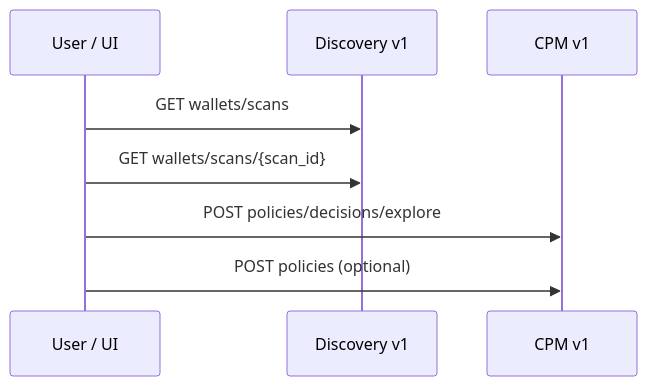
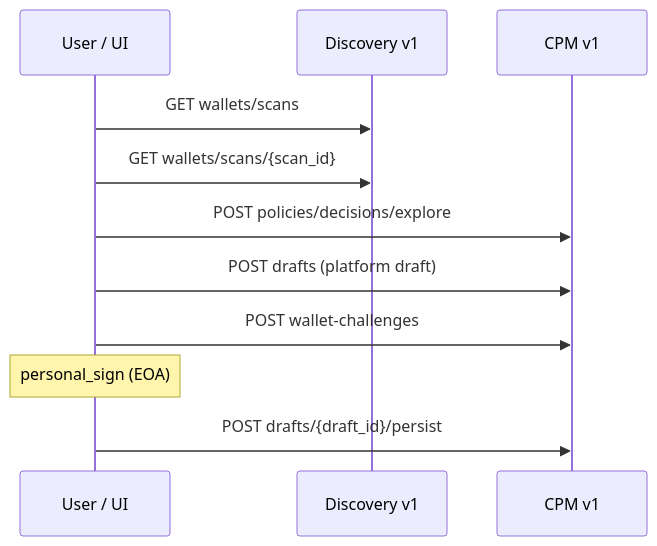
One commit to create2-labs/cafe-documentation changed the diagram in docs/architecture/cpm-v1-flow.md. Above: the diagram before and after it, drawn with Mermaid. The commit also changed other lines of this file and 3 other files, not shown here.

````diff
--- a/docs/architecture/cpm-v1-flow.md
+++ b/docs/architecture/cpm-v1-flow.md
@@ -16,10 +19,13 @@
 ```mermaid
 sequenceDiagram
   participant U as User / UI
   participant D as Discovery v1
   participant C as CPM v1
   U->>D: GET wallets/scans
   U->>D: GET wallets/scans/{scan_id}
   U->>C: POST policies/decisions/explore
-  U->>C: POST policies (optional)
+  U->>C: POST drafts (platform draft)
+  U->>C: POST wallet-challenges
+  Note over U: personal_sign (EOA)
+  U->>C: POST drafts/{draft_id}/persist
 ```
````
